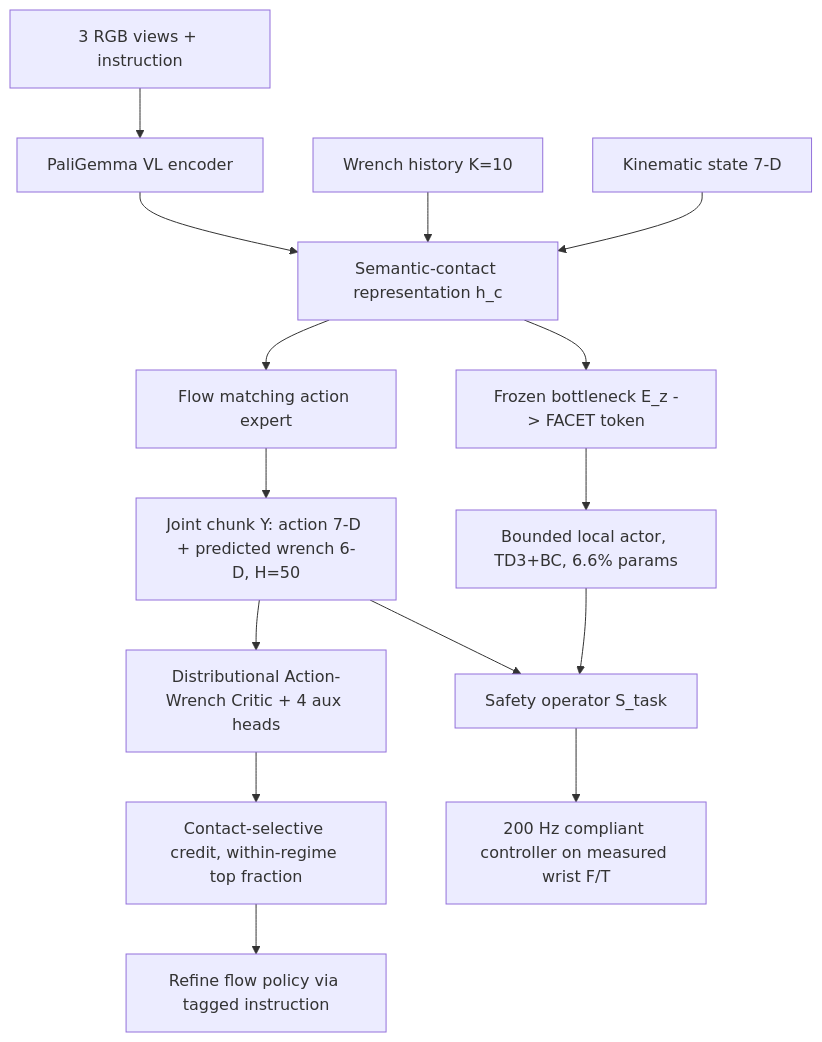
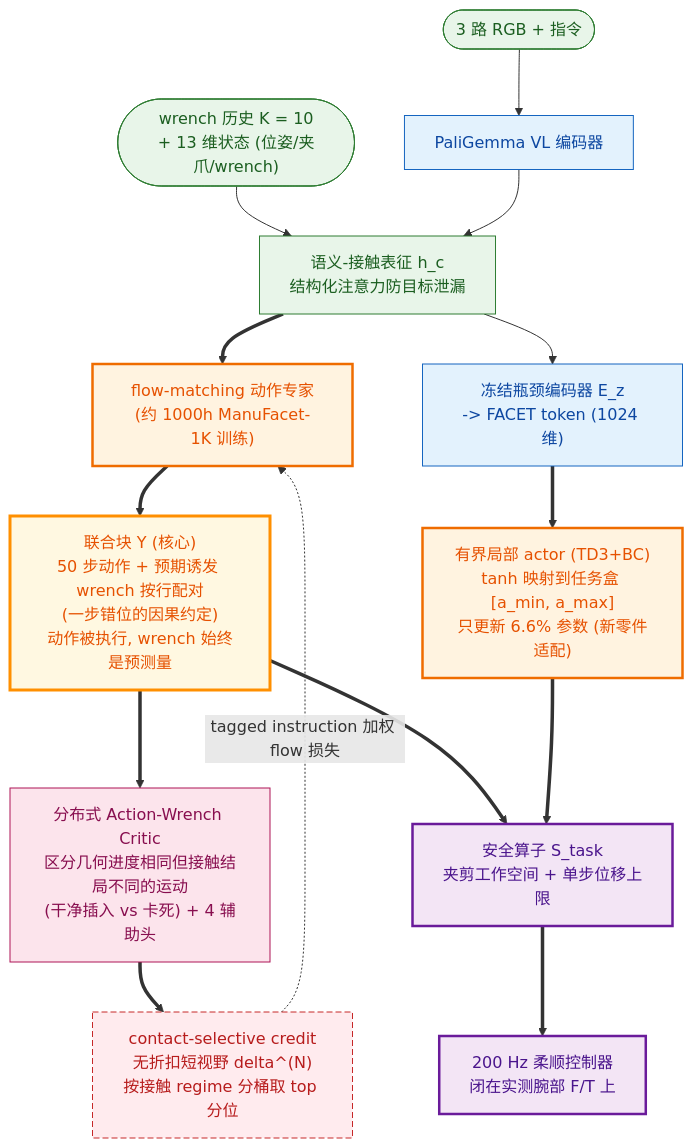
One commit to luohu-arch/physical_intelligence_study changed the diagram in notes/rl/dexterous/facet0.md. Above: the diagram before and after it, drawn with Mermaid. The commit also changed 153 other files, not shown here.

````diff
--- a/notes/rl/dexterous/facet0.md
+++ b/notes/rl/dexterous/facet0.md
@@ -49,17 +49,41 @@
 ```mermaid
-graph TD
-    RGB["3 RGB views + instruction"] --> VL["PaliGemma VL encoder"]
-    WH["Wrench history K=10"] --> FUSE["Semantic-contact representation h_c"]
-    KIN["Kinematic state 7-D"] --> FUSE
+%%{init: {
+  'theme':'base',
+  'themeVariables':{
+    'primaryColor':'#fafbfd','primaryBorderColor':'#4a5d7d','primaryTextColor':'#1f2937',
+    'fontFamily':'"PingFang SC","Hiragino Sans GB","Microsoft YaHei",sans-serif',
+    'fontSize':'14px','clusterBkg':'#fbfcfe','clusterBorder':'#b9c6d8','edgeLabelBackground':'#ffffff'
+  },
+  'flowchart':{'curve':'basis','nodeSpacing':26,'rankSpacing':42,'padding':10}
+}}%%
+flowchart TD
+    RGB(["3 路 RGB + 指令"]) --> VL["PaliGemma VL 编码器"]
+    WH(["wrench 历史 K = 10<br/>+ 13 维状态 (位姿/夹爪/wrench)"]) --> FUSE["语义-接触表征 h_c<br/>结构化注意力防目标泄漏"]
     VL --> FUSE
-    FUSE --> FM["Flow matching action expert"]
-    FM --> Y["Joint chunk Y: action 7-D + predicted wrench 6-D, H=50"]
-    Y --> CRITIC["Distributional Action-Wrench Critic + 4 aux heads"]
-    CRITIC --> CREDIT["Contact-selective credit, within-regime top fraction"]
-    CREDIT --> REFINE["Refine flow policy via tagged instruction"]
-    FUSE --> EZ["Frozen bottleneck E_z -> FACET token"]
-    EZ --> ACTOR["Bounded local actor, TD3+BC, 6.6% params"]
-    ACTOR --> SAFETY["Safety operator S_task"]
-    Y --> SAFETY
-    SAFETY --> CTRL["200 Hz compliant controller on measured wrist F/T"]
+    FUSE ==> FM["flow-matching 动作专家<br/>(约 1000h ManuFacet-1K 训练)"]
+    FM ==> Y["联合块 Y (核心)<br/>50 步动作 + 预期诱发 wrench 按行配对<br/>(一步错位的因果约定)<br/>动作被执行, wrench 始终是预测量"]
+    Y ==> CRITIC["分布式 Action-Wrench Critic<br/>区分几何进度相同但接触结局不同的运动<br/>(干净插入 vs 卡死) + 4 辅助头"]
+    CRITIC ==> CREDIT["contact-selective credit<br/>无折扣短视野 delta^(N)<br/>按接触 regime 分桶取 top 分位"]
+    CREDIT -.->|"tagged instruction 加权 flow 损失"| FM
+    FUSE --> EZ["冻结瓶颈编码器 E_z<br/>-> FACET token (1024 维)"]
+    EZ ==> ACTOR["有界局部 actor (TD3+BC)<br/>tanh 映射到任务盒 [a_min, a_max]<br/>只更新 6.6% 参数 (新零件适配)"]
+    Y ==> SAFETY["安全算子 S_task<br/>夹剪工作空间 + 单步位移上限"]
+    ACTOR ==> SAFETY
+    SAFETY ==> CTRL["200 Hz 柔顺控制器<br/>闭在实测腕部 F/T 上"]
+
+    class RGB,WH data
+    class VL,EZ frozen
+    class FUSE data
+    class FM,ACTOR train
+    class Y key
+    class CRITIC reward
+    class CREDIT loss
+    class SAFETY,CTRL act
+    classDef data fill:#e8f5e9,stroke:#2e7d32,color:#1b5e20
+    classDef frozen fill:#e3f2fd,stroke:#1565c0,color:#0d47a1
+    classDef train fill:#fff3e0,stroke:#ef6c00,stroke-width:2.5px,color:#e65100
+    classDef key fill:#fff8e1,stroke:#ff8f00,stroke-width:3px,color:#e65100
+    classDef reward fill:#fce4ec,stroke:#ad1457,color:#880e4f
+    classDef loss fill:#ffebee,stroke:#c62828,stroke-dasharray:6 3,color:#b71c1c
+    classDef act fill:#f3e5f5,stroke:#6a1b9a,stroke-width:2.5px,color:#4a148c
 ```
````
